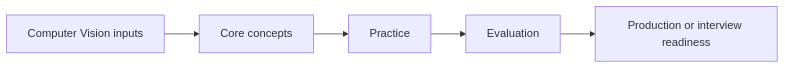
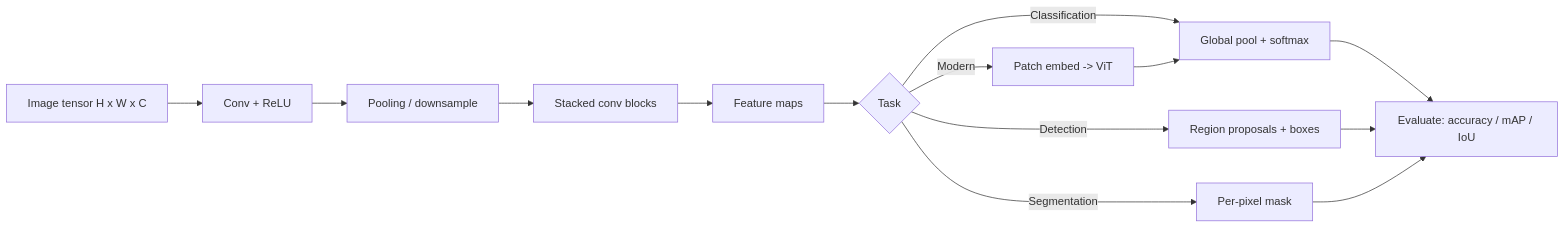
Before and after one commit to Icon1cc/Machine-Learning: the diagram in diagrams/08-computer-vision.mmd, drawn with Mermaid. The commit also changed 118 other files, not shown here.

```diff
--- a/diagrams/08-computer-vision.mmd
+++ b/diagrams/08-computer-vision.mmd
@@ -1,5 +1,14 @@
 flowchart LR
-    A[Computer Vision inputs] --> B[Core concepts]
-    B --> C[Practice]
-    C --> D[Evaluation]
-    D --> E[Production or interview readiness]
+    A[Image tensor H x W x C] --> B[Conv + ReLU]
+    B --> C[Pooling / downsample]
+    C --> D[Stacked conv blocks]
+    D --> E[Feature maps]
+    E --> F{Task}
+    F -- Classification --> G[Global pool + softmax]
+    F -- Detection --> H[Region proposals + boxes]
+    F -- Segmentation --> I[Per-pixel mask]
+    F -- Modern --> J[Patch embed -> ViT]
+    G --> K[Evaluate: accuracy / mAP / IoU]
+    H --> K
+    I --> K
+    J --> G
```
